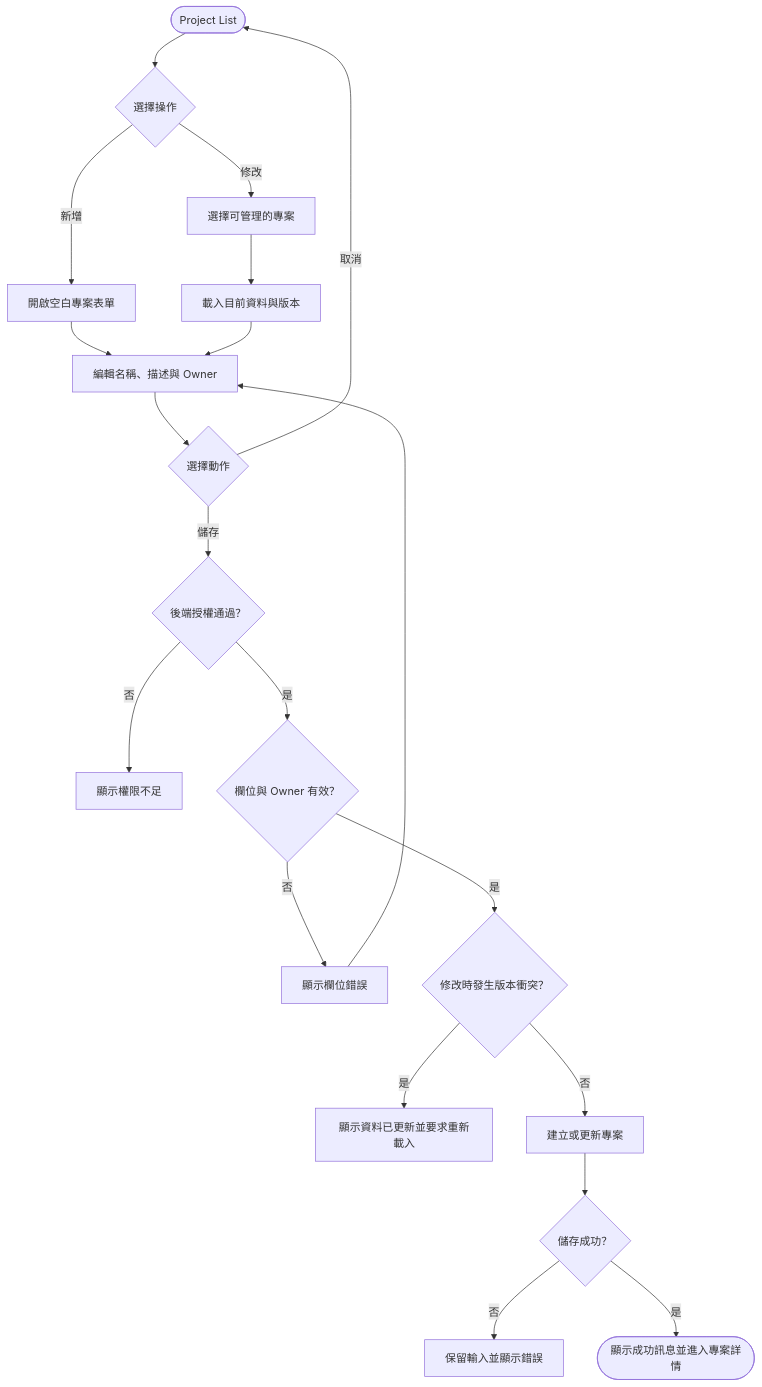
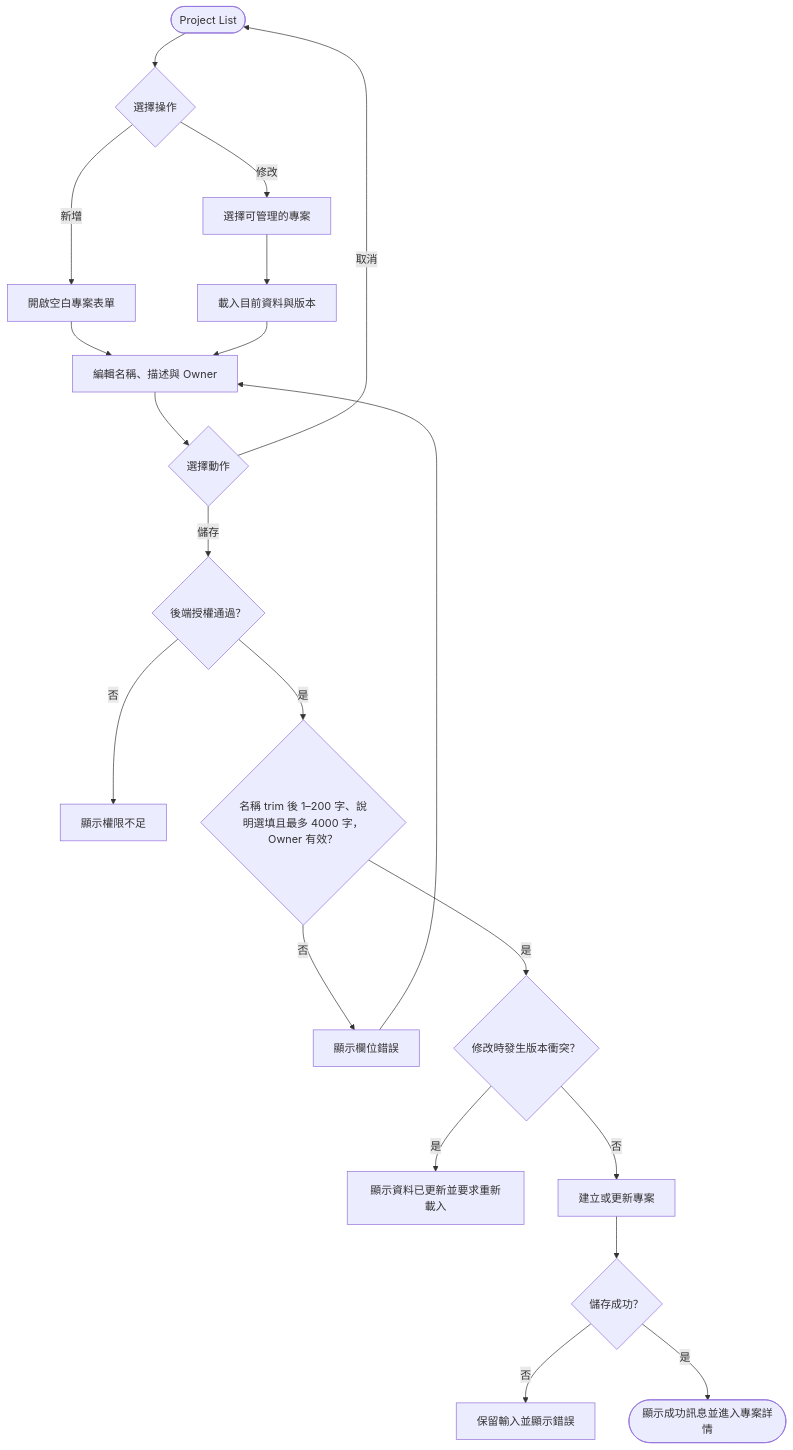
Before and after one commit to JJDing-Louis/ProjectManagementWeb_Spec: the diagram in Flowchart/建立與修改專案.md, drawn with Mermaid. The commit also changed other lines of this file and 11 other files, not shown here.

````diff
--- a/Flowchart/建立與修改專案.md
+++ b/Flowchart/建立與修改專案.md
@@ -3,22 +3,22 @@
 ```mermaid
 flowchart TB
     projectList([Project List]) --> projectAction{選擇操作}
     projectAction -->|新增| newProject[開啟空白專案表單]
     projectAction -->|修改| selectProject[選擇可管理的專案]
     selectProject --> editProject[載入目前資料與版本]
     newProject --> projectForm[編輯名稱、描述與 Owner]
     editProject --> projectForm
     projectForm --> submitProject{選擇動作}
     submitProject -->|取消| projectList
     submitProject -->|儲存| authorizeProject{後端授權通過？}
     authorizeProject -->|否| forbiddenProject[顯示權限不足]
-    authorizeProject -->|是| projectValid{欄位與 Owner 有效？}
+    authorizeProject -->|是| projectValid{名稱 trim 後 1–200 字、說明選填且最多 4000 字，Owner 有效？}
     projectValid -->|否| showProjectValidation[顯示欄位錯誤]
     showProjectValidation --> projectForm
     projectValid -->|是| versionConflict{修改時發生版本衝突？}
     versionConflict -->|是| showProjectConflict[顯示資料已更新並要求重新載入]
     versionConflict -->|否| saveProject[建立或更新專案]
     saveProject --> saveProjectSucceeded{儲存成功？}
     saveProjectSucceeded -->|否| retainProjectInput[保留輸入並顯示錯誤]
     saveProjectSucceeded -->|是| projectDetail([顯示成功訊息並進入專案詳情])
 ```
````
